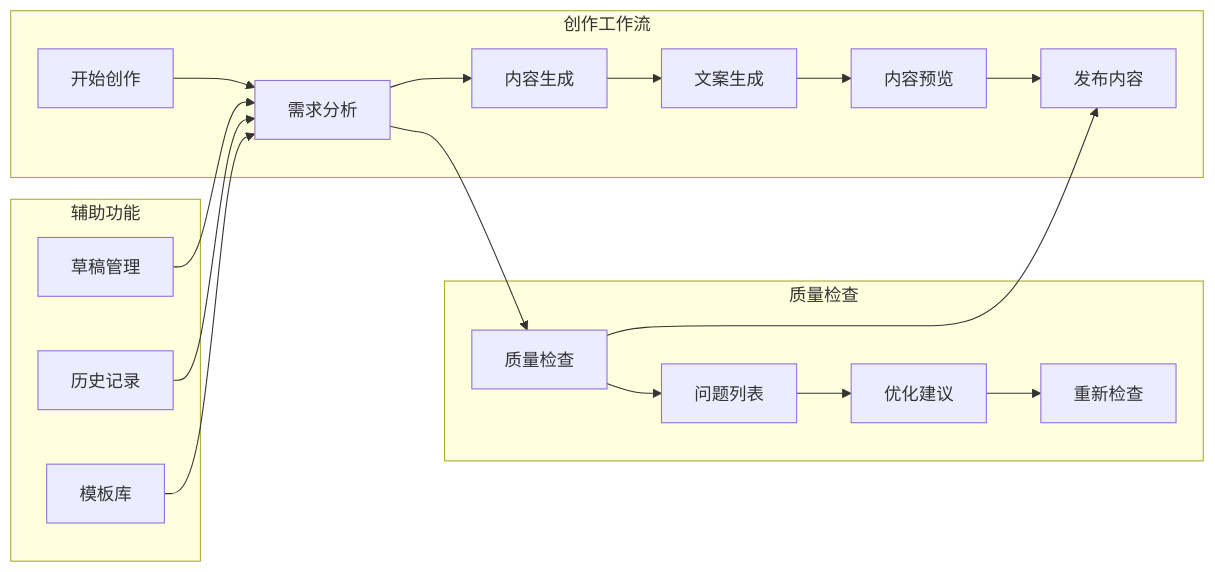
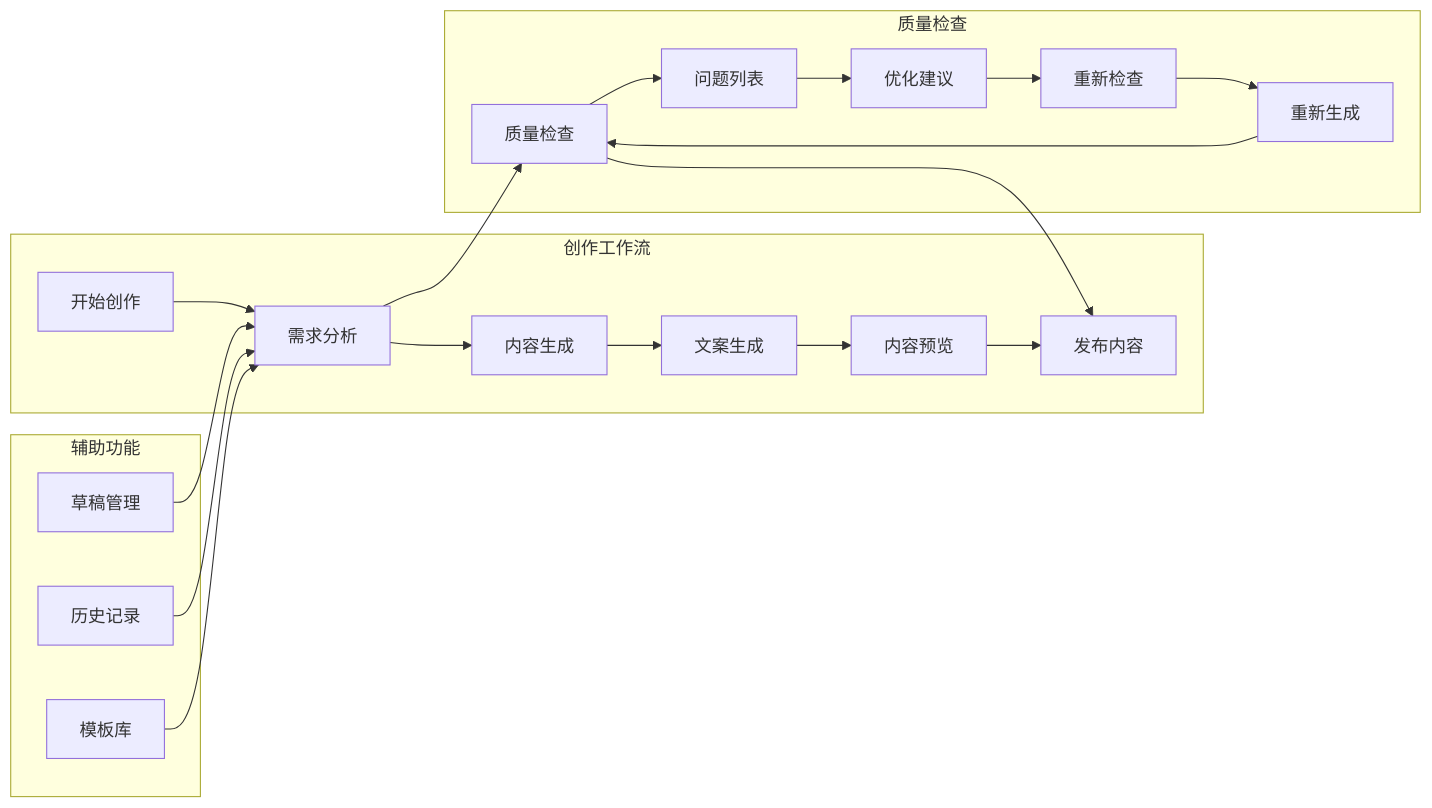
One commit to songdiyang/clawOperations changed the eighth of 8 diagrams in .qoder/repowiki/zh/content/核心模块详解/内容质量检查系统.md. Above: the diagram before and after it, drawn with Mermaid. The commit also changed other lines of this file and 8 other files, not shown here.

````diff
--- a/.qoder/repowiki/zh/content/核心模块详解/内容质量检查系统.md
+++ b/.qoder/repowiki/zh/content/核心模块详解/内容质量检查系统.md
@@ -355,25 +492,27 @@
 ```mermaid
 graph LR
 subgraph "创作工作流"
 Start[开始创作] --> Analyze[需求分析]
 Analyze --> Generate[内容生成]
 Generate --> Copywrite[文案生成]
 Copywrite --> Preview[内容预览]
 Preview --> Publish[发布内容]
 end
 subgraph "质量检查"
 QC[质量检查] --> Issues[问题列表]
 Issues --> Suggestions[优化建议]
 Suggestions --> Recheck[重新检查]
+Recheck --> Regenerate[重新生成]
+Regenerate --> QC
 end
 subgraph "辅助功能"
 Draft[草稿管理]
 History[历史记录]
 Template[模板库]
 end
 Analyze --> QC
 QC --> Publish
 Draft --> Analyze
 History --> Analyze
 Template --> Analyze
 ```
````
